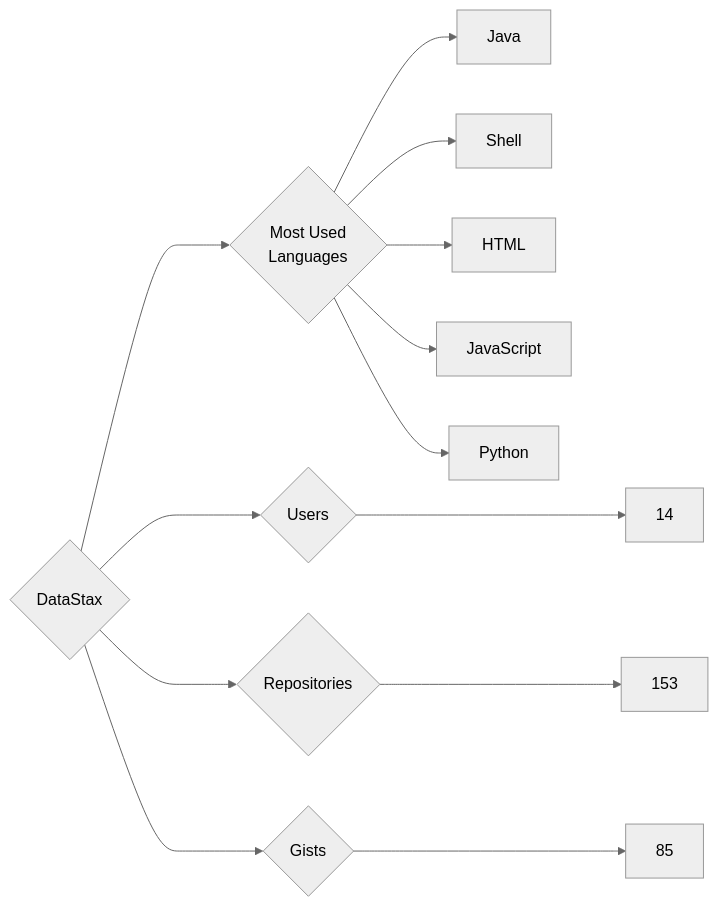
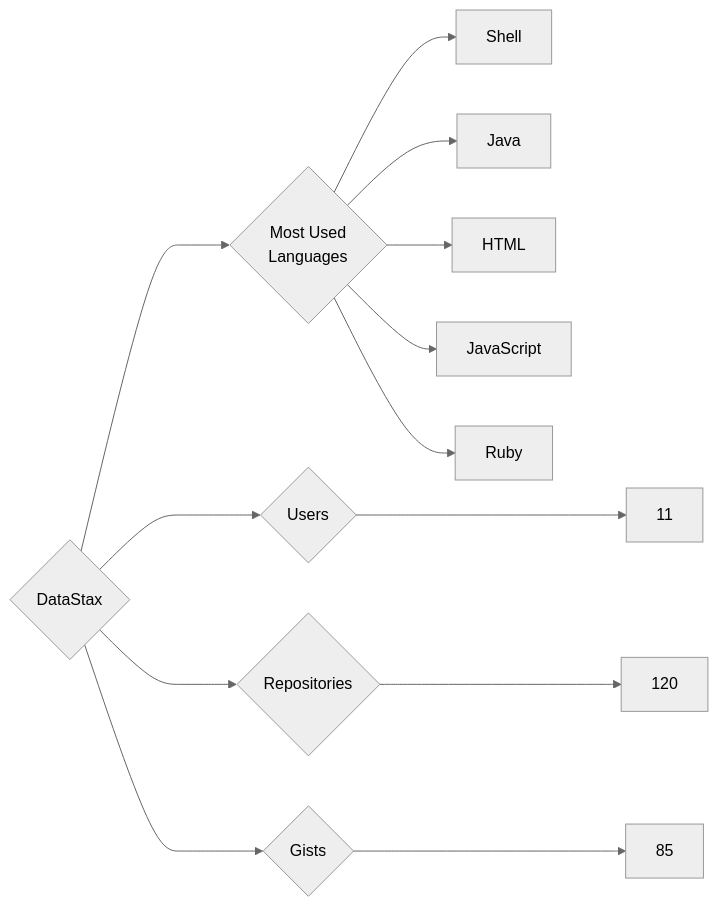
Before and after one commit to trickest/insiders: the diagram in targets/DataStax/README.md, drawn with Mermaid (neutral theme). The commit also changed 1020 other files, not shown here.

````diff
--- a/targets/DataStax/README.md
+++ b/targets/DataStax/README.md
@@ -3,13 +3,13 @@
 ```mermaid
 graph LR
 COMPANY_NAME{DataStax}
-COMPANY_NAME ---> U{Users} ---> UN[14]
-COMPANY_NAME ---> R{Repositories} ---> RN[153]
+COMPANY_NAME ---> U{Users} ---> UN[11]
+COMPANY_NAME ---> R{Repositories} ---> RN[120]
 COMPANY_NAME ---> G{Gists} ---> GN[85]
 COMPANY_NAME ---> ML{Most Used<br>Languages}
+ML --> Shell[Shell]
 ML --> Java[Java]
-ML --> Shell[Shell]
 ML --> HTML[HTML]
 ML --> JavaScript[JavaScript]
-ML --> Python[Python]
+ML --> Ruby[Ruby]
 ```
````
